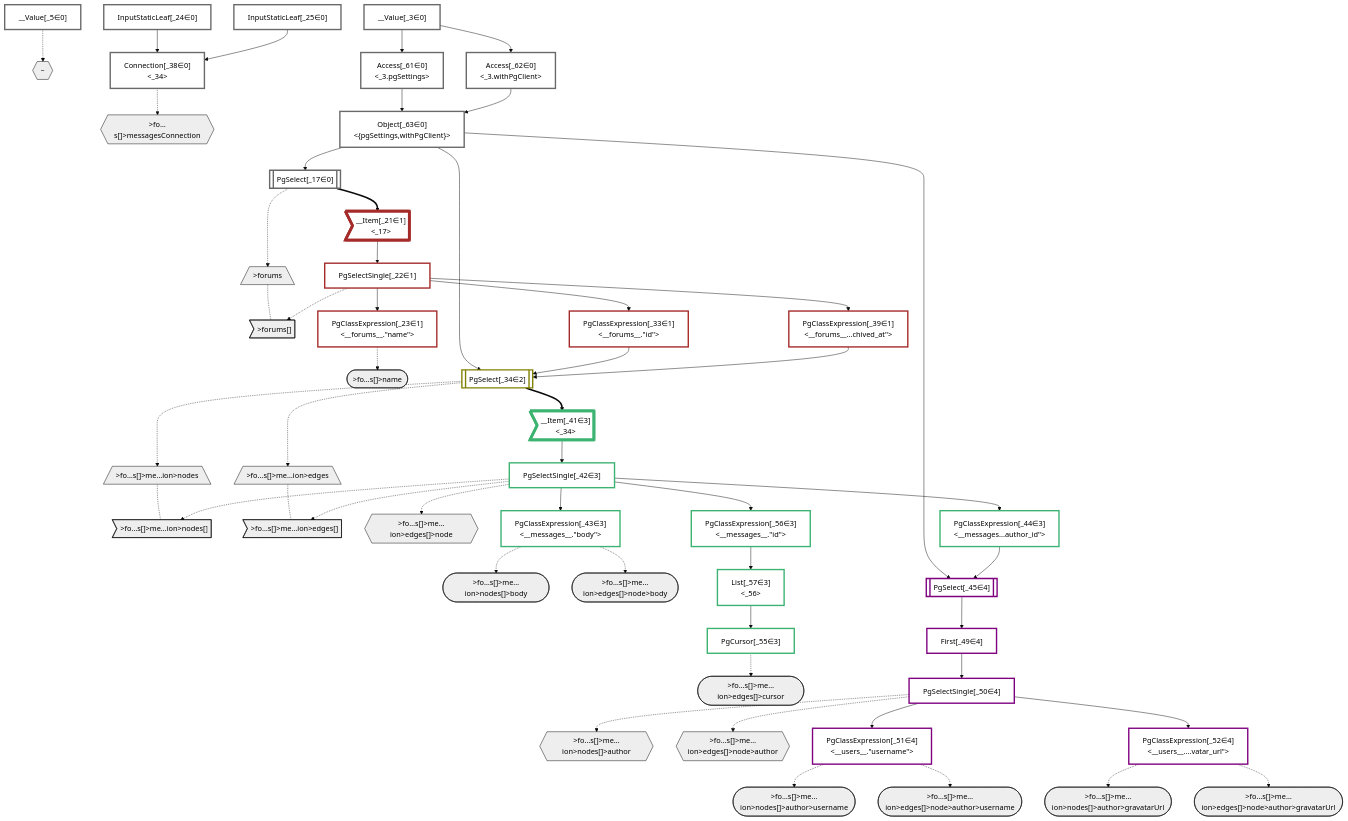
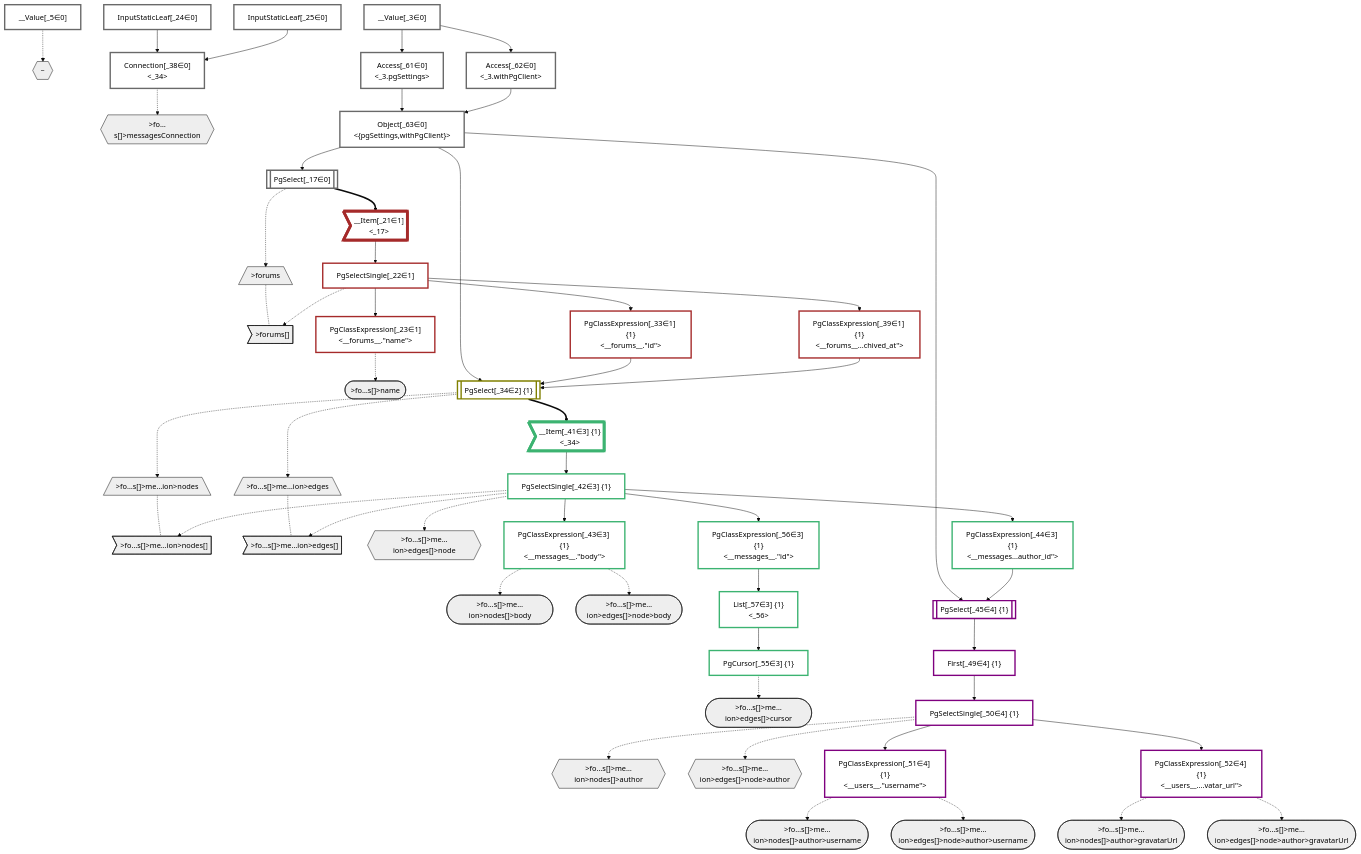
Before and after one commit to graphile/crystal: the diagram in packages/dataplan-pg/__tests__/queries/conditions/archived-forum-inherited-messages.defer-2.deopt.mermaid.md, drawn with Mermaid (base theme). The commit also changed 46 other files, not shown here.

Commit message:
Add groupIds to plan graphs

```diff
--- a/packages/dataplan-pg/__tests__/queries/conditions/archived-forum-inherited-messages.defer-2.deopt.mermaid.md
+++ b/packages/dataplan-pg/__tests__/queries/conditions/archived-forum-inherited-messages.defer-2.deopt.mermaid.md
@@ -54,22 +54,22 @@
     PgClassExpression_23["PgClassExpression[_23∈1]<br /><__forums__.#quot;name#quot;>"]:::plan
     InputStaticLeaf_24["InputStaticLeaf[_24∈0]"]:::plan
     InputStaticLeaf_25["InputStaticLeaf[_25∈0]"]:::plan
-    PgClassExpression_33["PgClassExpression[_33∈1]<br /><__forums__.#quot;id#quot;>"]:::plan
-    PgSelect_34[["PgSelect[_34∈2]<br /><messages>"]]:::plan
+    PgClassExpression_33["PgClassExpression[_33∈1] {1}<br /><__forums__.#quot;id#quot;>"]:::plan
+    PgSelect_34[["PgSelect[_34∈2] {1}<br /><messages>"]]:::plan
     Connection_38["Connection[_38∈0]<br /><_34>"]:::plan
-    PgClassExpression_39["PgClassExpression[_39∈1]<br /><__forums__...chived_at#quot;>"]:::plan
-    __Item_41>"__Item[_41∈3]<br /><_34>"]:::itemplan
-    PgSelectSingle_42["PgSelectSingle[_42∈3]<br /><messages>"]:::plan
-    PgClassExpression_43["PgClassExpression[_43∈3]<br /><__messages__.#quot;body#quot;>"]:::plan
-    PgClassExpression_44["PgClassExpression[_44∈3]<br /><__messages...author_id#quot;>"]:::plan
-    PgSelect_45[["PgSelect[_45∈4]<br /><users>"]]:::plan
-    First_49["First[_49∈4]"]:::plan
-    PgSelectSingle_50["PgSelectSingle[_50∈4]<br /><users>"]:::plan
-    PgClassExpression_51["PgClassExpression[_51∈4]<br /><__users__.#quot;username#quot;>"]:::plan
-    PgClassExpression_52["PgClassExpression[_52∈4]<br /><__users__....vatar_url#quot;>"]:::plan
-    PgCursor_55["PgCursor[_55∈3]"]:::plan
-    PgClassExpression_56["PgClassExpression[_56∈3]<br /><__messages__.#quot;id#quot;>"]:::plan
-    List_57["List[_57∈3]<br /><_56>"]:::plan
+    PgClassExpression_39["PgClassExpression[_39∈1] {1}<br /><__forums__...chived_at#quot;>"]:::plan
+    __Item_41>"__Item[_41∈3] {1}<br /><_34>"]:::itemplan
+    PgSelectSingle_42["PgSelectSingle[_42∈3] {1}<br /><messages>"]:::plan
+    PgClassExpression_43["PgClassExpression[_43∈3] {1}<br /><__messages__.#quot;body#quot;>"]:::plan
+    PgClassExpression_44["PgClassExpression[_44∈3] {1}<br /><__messages...author_id#quot;>"]:::plan
+    PgSelect_45[["PgSelect[_45∈4] {1}<br /><users>"]]:::plan
+    First_49["First[_49∈4] {1}"]:::plan
+    PgSelectSingle_50["PgSelectSingle[_50∈4] {1}<br /><users>"]:::plan
+    PgClassExpression_51["PgClassExpression[_51∈4] {1}<br /><__users__.#quot;username#quot;>"]:::plan
+    PgClassExpression_52["PgClassExpression[_52∈4] {1}<br /><__users__....vatar_url#quot;>"]:::plan
+    PgCursor_55["PgCursor[_55∈3] {1}"]:::plan
+    PgClassExpression_56["PgClassExpression[_56∈3] {1}<br /><__messages__.#quot;id#quot;>"]:::plan
+    List_57["List[_57∈3] {1}<br /><_56>"]:::plan
     Access_61["Access[_61∈0]<br /><_3.pgSettings>"]:::plan
     Access_62["Access[_62∈0]<br /><_3.withPgClient>"]:::plan
     Object_63["Object[_63∈0]<br /><{pgSettings,withPgClient}>"]:::plan
```
